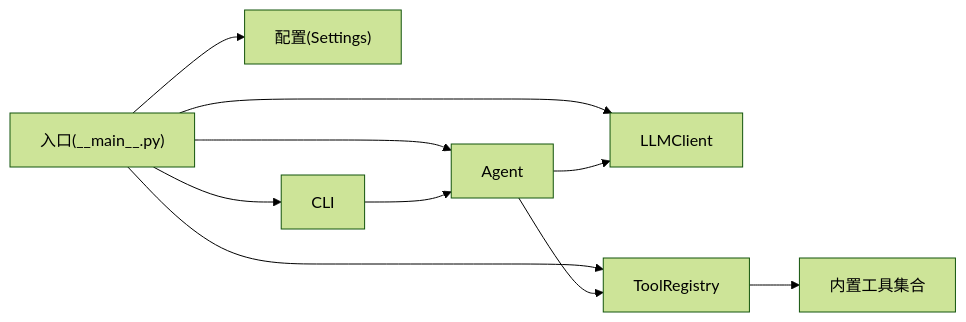
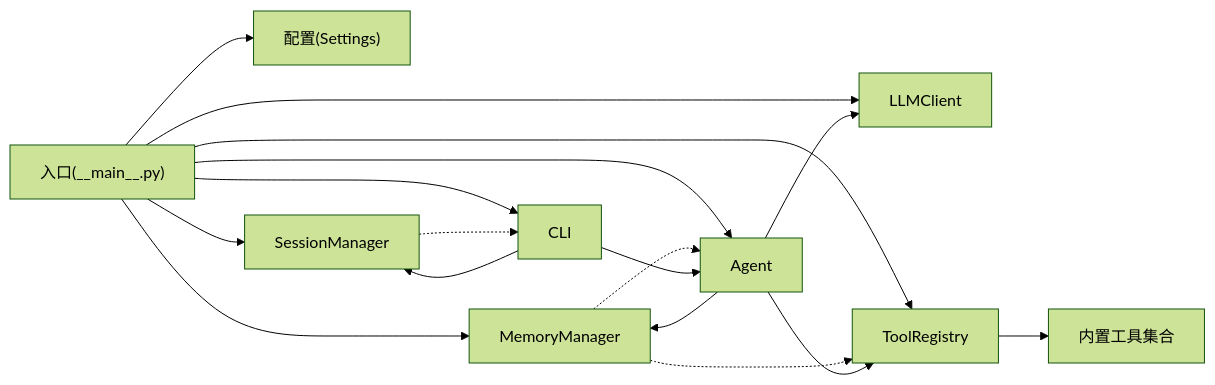
One commit to 250shiwo/MySmallAgent changed the fifth of 5 diagrams in .qoder/repowiki/zh/content/核心模块详解/入口点和初始化.md. Above: the diagram before and after it, drawn with Mermaid (forest theme). The commit also changed other lines of this file and 41 other files, not shown here.

````diff
--- a/.qoder/repowiki/zh/content/核心模块详解/入口点和初始化.md
+++ b/.qoder/repowiki/zh/content/核心模块详解/入口点和初始化.md
@@ -325,12 +443,19 @@
 ```mermaid
 graph LR
 P["入口(__main__.py)"] --> CFG["配置(Settings)"]
 P --> LLM["LLMClient"]
+P --> MEM["MemoryManager"]
 P --> REG["ToolRegistry"]
 P --> AG["Agent"]
+P --> SM["SessionManager"]
 P --> CLI["CLI"]
+MEM -.-> REG
+MEM -.-> AG
+REG --> T["内置工具集合"]
 AG --> LLM
 AG --> REG
-REG --> T["内置工具集合"]
+AG --> MEM
+SM -.-> CLI
 CLI --> AG
+CLI --> SM
 ```
````
